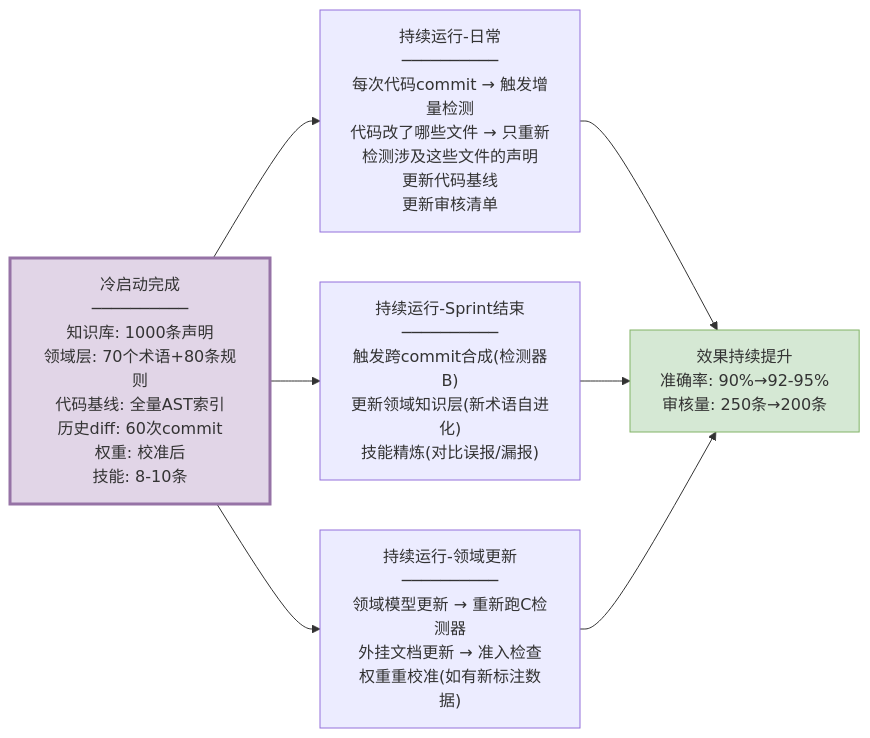
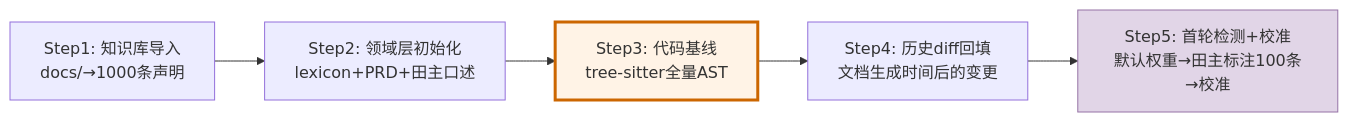
Before and after one commit to hututuxinyu/Memory: the second of 7 diagrams in POC/存量知识资产治理完整解决方案.md, drawn with Mermaid. The commit also changed other lines of this file, not shown here.

Commit message:
refactor: restructure solution - clean process flow on top, key technologies detailed in each step's chapter (cold start, write gate, conflict detection, quality check, skill refinement, retrieval, outcomes)

````diff
--- a/POC/存量知识资产治理完整解决方案.md
+++ b/POC/存量知识资产治理完整解决方案.md
@@ -350,17 +89,11 @@
 ```mermaid
 flowchart LR
-    ColdDone["冷启动完成<br/>──────────<br/>知识库: 1000条声明<br/>领域层: 70个术语+80条规则<br/>代码基线: 全量AST索引<br/>历史diff: 60次commit<br/>权重: 校准后<br/>技能: 8-10条"]
-    
-    ColdDone --> Run1["持续运行-日常<br/>──────────<br/>每次代码commit → 触发增量检测<br/>代码改了哪些文件 → 只重新检测涉及这些文件的声明<br/>更新代码基线<br/>更新审核清单"]
-    
-    ColdDone --> Run2["持续运行-Sprint结束<br/>──────────<br/>触发跨commit合成(检测器B)<br/>更新领域知识层(新术语自进化)<br/>技能精炼(对比误报/漏报)"]
-    
-    ColdDone --> Run3["持续运行-领域更新<br/>──────────<br/>领域模型更新 → 重新跑C检测器<br/>外挂文档更新 → 准入检查<br/>权重重校准(如有新标注数据)"]
-    
-    Run1 --> Effect["效果持续提升<br/>准确率: 90%→92-95%<br/>审核量: 250条→200条"]
-    Run2 --> Effect
-    Run3 --> Effect
-    
-    style ColdDone fill:#e1d5e7,stroke:#9673a6,stroke-width:3px
-    style Effect fill:#d5e8d4,stroke:#82b366
+    CS1["Step1: 知识库导入<br/>docs/→1000条声明"] --> 
+    CS2["Step2: 领域层初始化<br/>lexicon+PRD+田主口述"] -->
+    CS3["Step3: 代码基线<br/>tree-sitter全量AST"] -->
+    CS4["Step4: 历史diff回填<br/>文档生成时间后的变更"] -->
+    CS5["Step5: 首轮检测+校准<br/>默认权重→田主标注100条→校准"]
+
+    style CS3 fill:#fff3e6,stroke:#cc6600,stroke-width:3px
+    style CS5 fill:#e1d5e7,stroke:#9673a6
 ```
````
